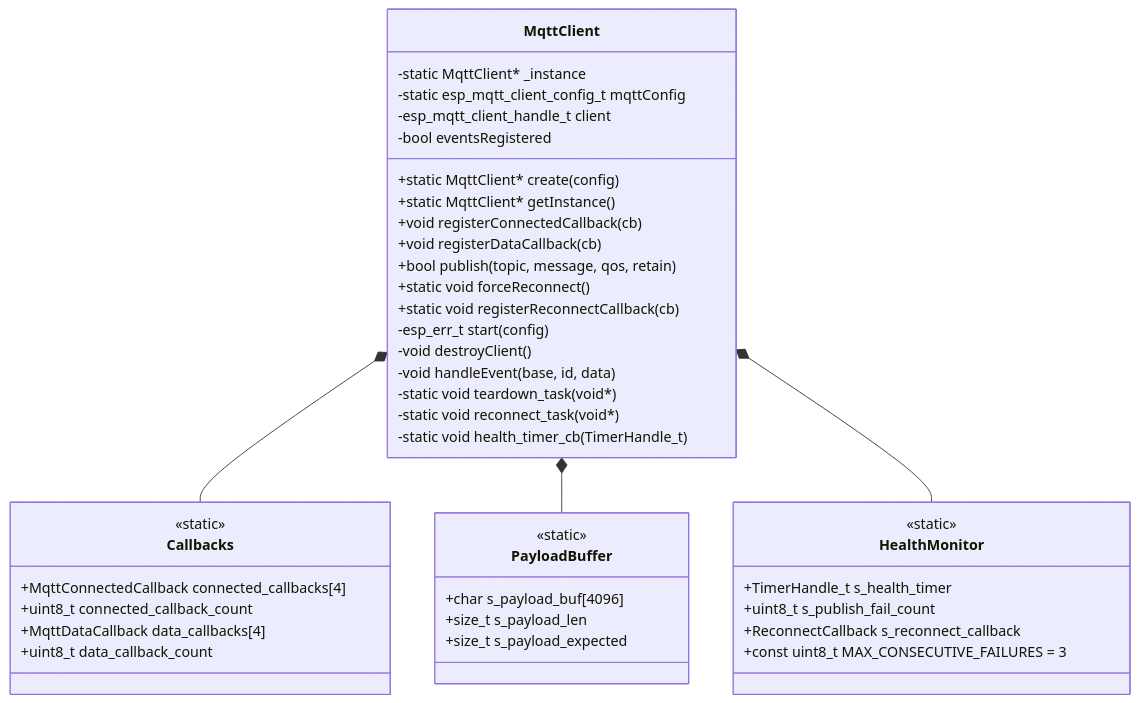
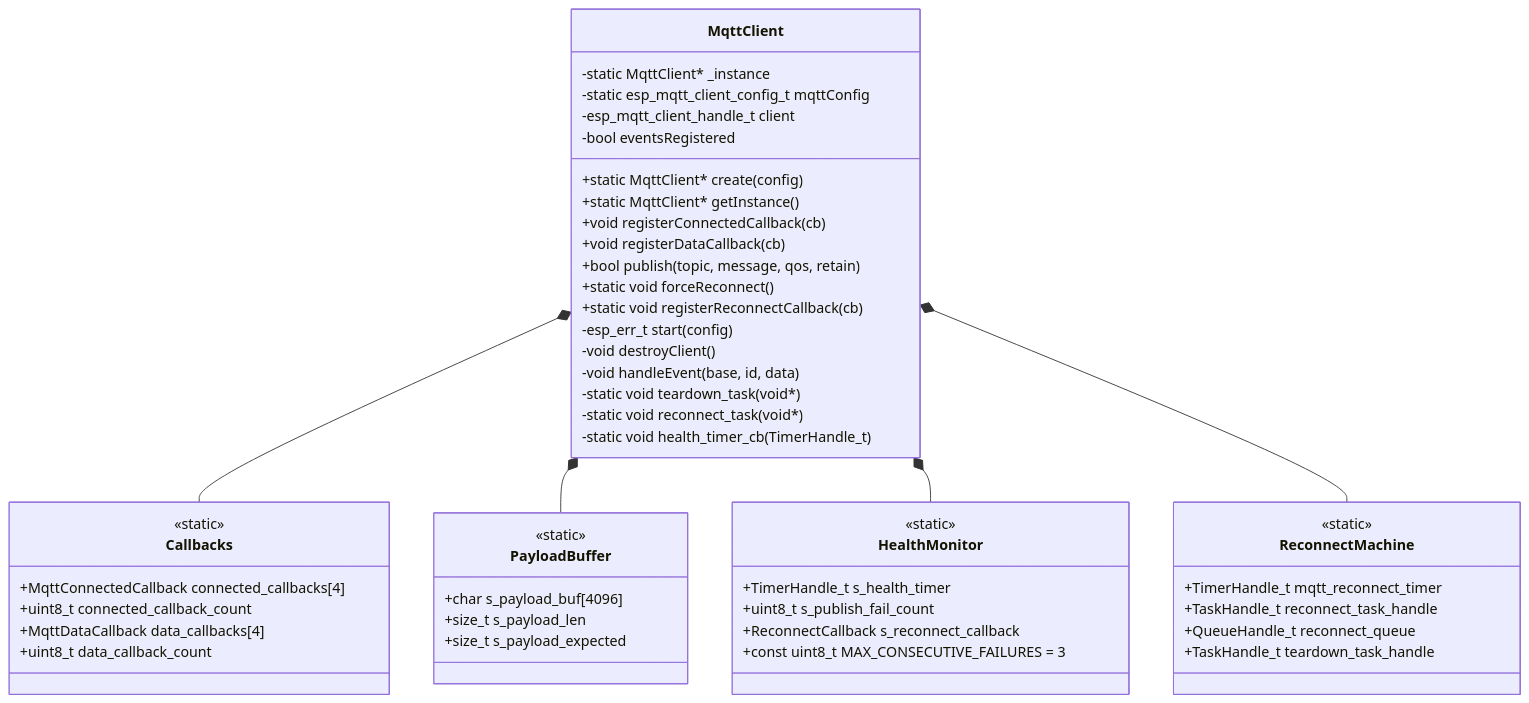
The diagram in ED_MQTT_README.md (edolis/ED_MQTT), drawn with Mermaid before and after one commit. The commit also changed other lines of this file and 2 other files, not shown here.

Commit message:
fixed bug for fail to reconnect when broker disconnected client

````diff
--- a/ED_MQTT_README.md
+++ b/ED_MQTT_README.md
@@ -36,49 +36,58 @@
 ```mermaid
 classDiagram
     class MqttClient {
         -static MqttClient* _instance
         -static esp_mqtt_client_config_t mqttConfig
         -esp_mqtt_client_handle_t client
         -bool eventsRegistered
         +static MqttClient* create(config)
         +static MqttClient* getInstance()
         +void registerConnectedCallback(cb)
         +void registerDataCallback(cb)
         +bool publish(topic, message, qos, retain)
         +static void forceReconnect()
         +static void registerReconnectCallback(cb)
         -esp_err_t start(config)
         -void destroyClient()
         -void handleEvent(base, id, data)
         -static void teardown_task(void*)
         -static void reconnect_task(void*)
         -static void health_timer_cb(TimerHandle_t)
     }
 
     class Callbacks {
         <<static>>
         +MqttConnectedCallback connected_callbacks[4]
         +uint8_t connected_callback_count
         +MqttDataCallback data_callbacks[4]
         +uint8_t data_callback_count
     }
 
     class PayloadBuffer {
         <<static>>
         +char s_payload_buf[4096]
         +size_t s_payload_len
         +size_t s_payload_expected
     }
 
     class HealthMonitor {
         <<static>>
         +TimerHandle_t s_health_timer
         +uint8_t s_publish_fail_count
         +ReconnectCallback s_reconnect_callback
         +const uint8_t MAX_CONSECUTIVE_FAILURES = 3
     }
 
+    class ReconnectMachine {
+        <<static>>
+        +TimerHandle_t mqtt_reconnect_timer
+        +TaskHandle_t reconnect_task_handle
+        +QueueHandle_t reconnect_queue
+        +TaskHandle_t teardown_task_handle
+    }
+
     MqttClient *-- Callbacks
     MqttClient *-- PayloadBuffer
     MqttClient *-- HealthMonitor
+    MqttClient *-- ReconnectMachine
 ```
````
